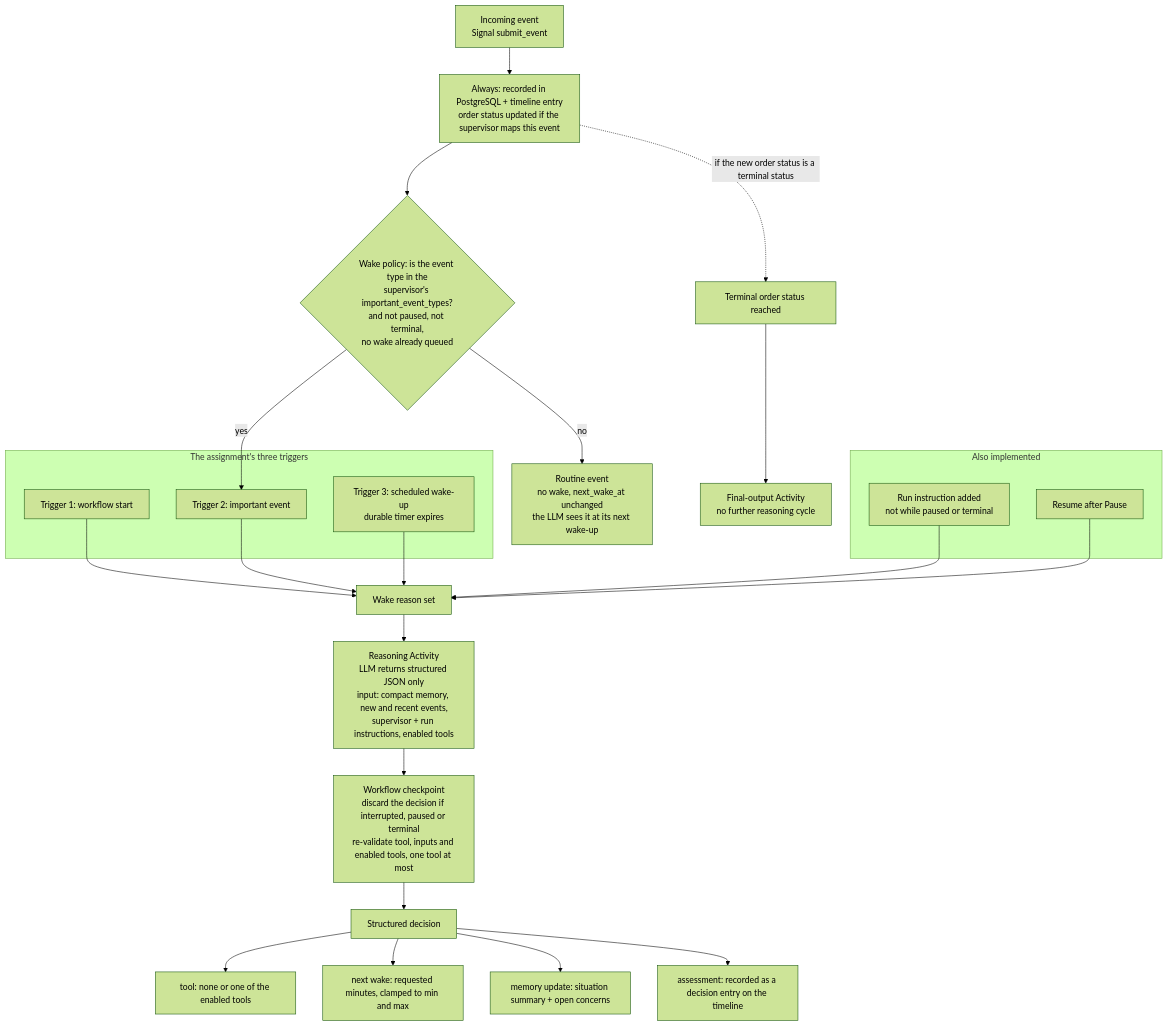
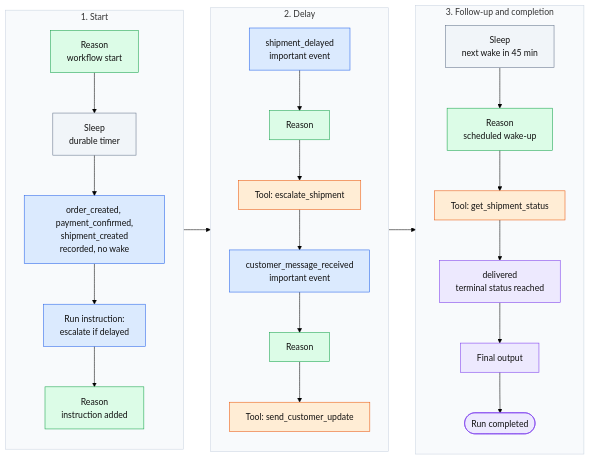
The fourth of 4 diagrams in README.md (averagecoder4088/AI-supervisor), drawn with Mermaid (forest theme) before and after one commit. The commit also changed other lines of this file, not shown here.

Commit message:
Clean up Mermaid architecture diagrams

````diff
--- a/README.md
+++ b/README.md
@@ -148,35 +166,42 @@
 ```mermaid
-flowchart TD
-    ev["Incoming event<br/>Signal submit_event"] --> rec["Always: recorded in PostgreSQL + timeline entry<br/>order status updated if the supervisor maps this event"]
-    rec --> pol{"Wake policy: is the event type in the<br/>supervisor's important_event_types?<br/>and not paused, not terminal,<br/>no wake already queued"}
-    pol -->|"no"| routine["Routine event<br/>no wake, next_wake_at unchanged<br/>the LLM sees it at its next wake-up"]
-    pol -->|"yes"| t2["Trigger 2: important event"]
+flowchart LR
+    subgraph P1["1. Start"]
+        direction TB
+        r1["Reason<br/>workflow start"] --> z1["Sleep<br/>durable timer"]
+        z1 --> e1["order_created, payment_confirmed,<br/>shipment_created<br/>recorded, no wake"]
+        e1 --> e2["Run instruction:<br/>escalate if delayed"]
+        e2 --> r2["Reason<br/>instruction added"]
+    end
+    subgraph P2["2. Delay"]
+        direction TB
+        e3["shipment_delayed<br/>important event"] --> r3["Reason"]
+        r3 --> t1["Tool: escalate_shipment"]
+        t1 --> e4["customer_message_received<br/>important event"]
+        e4 --> r4["Reason"]
+        r4 --> t2["Tool: send_customer_update"]
+    end
+    subgraph P3["3. Follow-up and completion"]
+        direction TB
+        z2["Sleep<br/>next wake in 45 min"] --> r5["Reason<br/>scheduled wake-up"]
+        r5 --> t3["Tool: get_shipment_status"]
+        t3 --> e5["delivered<br/>terminal status reached"]
+        e5 --> fo["Final output"]
+        fo --> done(["Run completed"])
+    end
+    P1 --> P2
+    P2 --> P3
+    style P1 fill:#f8fafc,stroke:#cbd5e1
+    style P2 fill:#f8fafc,stroke:#cbd5e1
+    style P3 fill:#f8fafc,stroke:#cbd5e1
 
-    subgraph REQ["The assignment's three triggers"]
-        t1["Trigger 1: workflow start"]
-        t2
-        t3["Trigger 3: scheduled wake-up<br/>durable timer expires"]
-    end
-
-    subgraph EXTRA["Also implemented"]
-        t4["Run instruction added<br/>not while paused or terminal"]
-        t5["Resume after Pause"]
-    end
-
-    t1 --> wake["Wake reason set"]
-    t2 --> wake
-    t3 --> wake
-    t4 --> wake
-    t5 --> wake
-
-    wake --> act["Reasoning Activity<br/>LLM returns structured JSON only<br/>input: compact memory, new and recent events,<br/>supervisor + run instructions, enabled tools"]
-    act --> chk["Workflow checkpoint<br/>discard the decision if interrupted, paused or terminal<br/>re-validate tool, inputs and enabled tools, one tool at most"]
-    chk --> dec["Structured decision"]
-    dec --> d1["tool: none or one of the enabled tools"]
-    dec --> d2["next wake: requested minutes, clamped to min and max"]
-    dec --> d3["memory update: situation summary + open concerns"]
-    dec --> d4["assessment: recorded as a decision entry on the timeline"]
-
-    rec -.->|"if the new order status is a terminal status"| term["Terminal order status reached"]
-    term --> fin["Final-output Activity<br/>no further reasoning cycle"]
+    classDef ev fill:#dbeafe,stroke:#2563eb,color:#111
+    classDef rs fill:#dcfce7,stroke:#16a34a,color:#111
+    classDef tl fill:#ffedd5,stroke:#ea580c,color:#111
+    classDef sl fill:#f1f5f9,stroke:#64748b,color:#111
+    classDef tm fill:#ede9fe,stroke:#7c3aed,color:#111
+    class e1,e2,e3,e4 ev
+    class r1,r2,r3,r4,r5 rs
+    class t1,t2,t3 tl
+    class z1,z2 sl
+    class e5,fo,done tm
 ```
````
